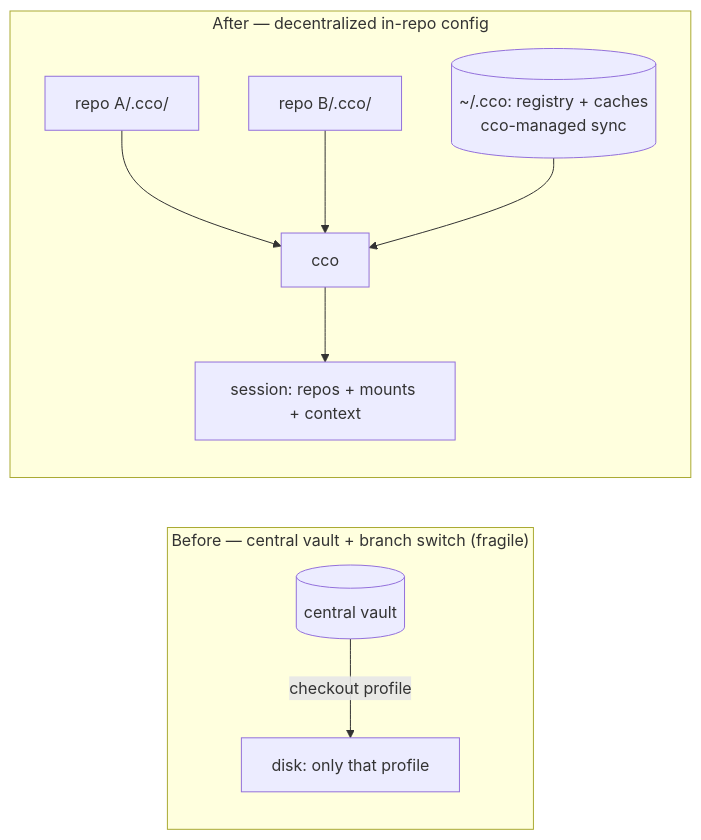
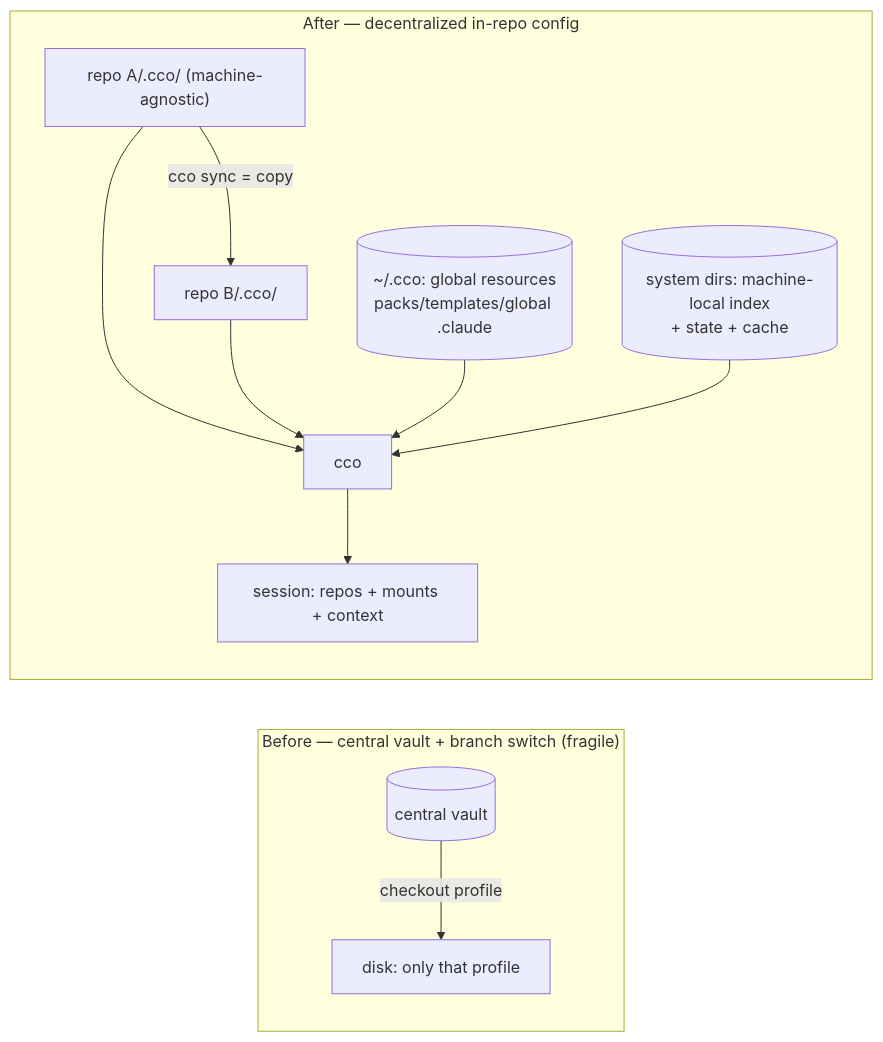
One commit to alergyonthestage/claude-orchestrator changed the second of 2 diagrams in docs/maintainer/decisions/roadmap.md. Above: the diagram before and after it, drawn with Mermaid. The commit also changed other lines of this file and 8 other files, not shown here.

````diff
--- a/docs/maintainer/decisions/roadmap.md
+++ b/docs/maintainer/decisions/roadmap.md
@@ -124,12 +125,14 @@
 ```mermaid
 flowchart LR
   subgraph OLD["Before — central vault + branch switch (fragile)"]
     V[(central vault)] -->|checkout profile| FS[disk: only that profile]
   end
   subgraph NEW["After — decentralized in-repo config"]
-    RA["repo A/.cco/"] --> CCO[cco]
-    RB["repo B/.cco/"] --> CCO
-    REG[("~/.cco: registry + caches<br/>cco-managed sync")] --> CCO
+    RA["repo A/.cco/ (machine-agnostic)"] -->|"cco sync = copy"| RB["repo B/.cco/"]
+    RA --> CCO[cco]
+    RB --> CCO
+    HOME[("~/.cco: global resources<br/>packs/templates/global .claude")] --> CCO
+    SYS[("system dirs: machine-local index<br/>+ state + cache")] --> CCO
     CCO --> S["session: repos + mounts + context"]
   end
 ```
````
